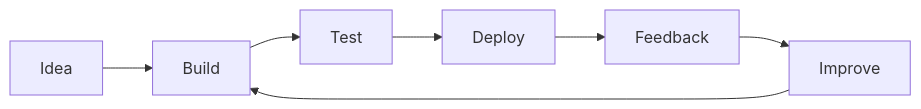
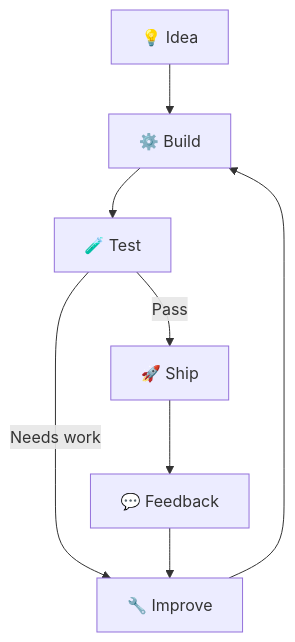
The fourth of 4 diagrams in README.md (udaycodespace/udaycodespace), drawn with Mermaid before and after one commit. The commit also changed other lines of this file, not shown here.

````diff
--- a/README.md
+++ b/README.md
@@ -110,4 +121,11 @@
 ```mermaid
-flowchart LR
-    Idea --> Build --> Test --> Deploy --> Feedback --> Improve --> Build
+flowchart TD
+    A["💡 Idea"]
+        --> B["⚙️ Build"]
+    B --> C["🧪 Test"]
+    C -->|Pass| D["🚀 Ship"]
+    C -->|Needs work| E["🔧 Improve"]
+    E --> B
+    D --> F["💬 Feedback"]
+    F --> E
 ```
````
